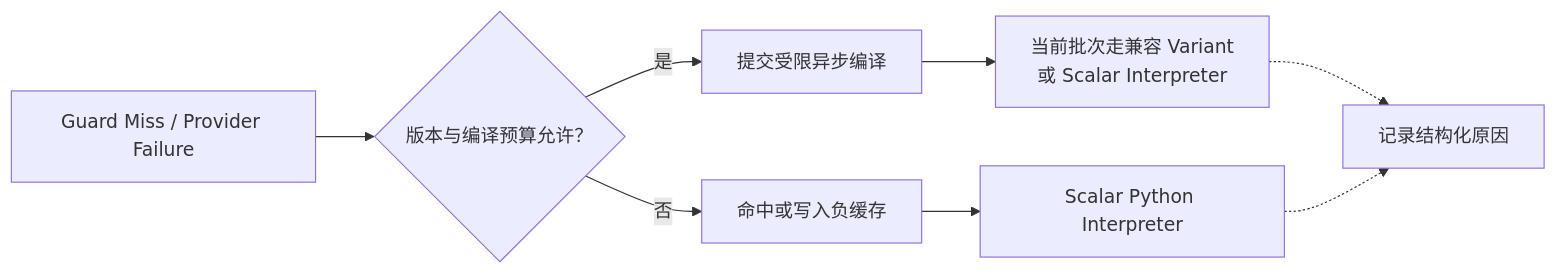
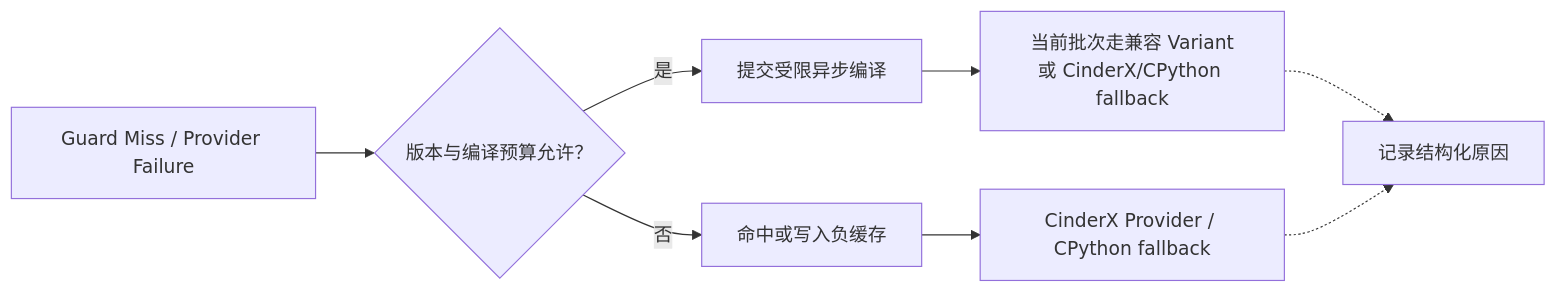
One commit to 213start/python-udf-jit changed diagram 15 of 17 in docs/design/2026-07-13-python-udf-jit-architecture.md. Above: the diagram before and after it, drawn with Mermaid. The commit also changed other lines of this file and 1 other file, not shown here.

First line of the commit message:
docs(architecture): define multi-provider ownership boundaries

````diff
--- a/docs/design/2026-07-13-python-udf-jit-architecture.md
+++ b/docs/design/2026-07-13-python-udf-jit-architecture.md
@@ -1430,10 +1449,10 @@
 ```mermaid
 flowchart LR
     MISS["Guard Miss / Provider Failure"] --> BUDGET{"版本与编译预算允许？"}
     BUDGET -->|"是"| COMPILE["提交受限异步编译"]
-    COMPILE --> CURRENT["当前批次走兼容 Variant<br/>或 Scalar Interpreter"]
+    COMPILE --> CURRENT["当前批次走兼容 Variant<br/>或 CinderX/CPython fallback"]
     BUDGET -->|"否"| NEGATIVE["命中或写入负缓存"]
-    NEGATIVE --> FALLBACK["Scalar Python Interpreter"]
+    NEGATIVE --> FALLBACK["CinderX Provider / CPython fallback"]
     CURRENT -.-> REASON["记录结构化原因"]
     FALLBACK -.-> REASON
 ```
````
